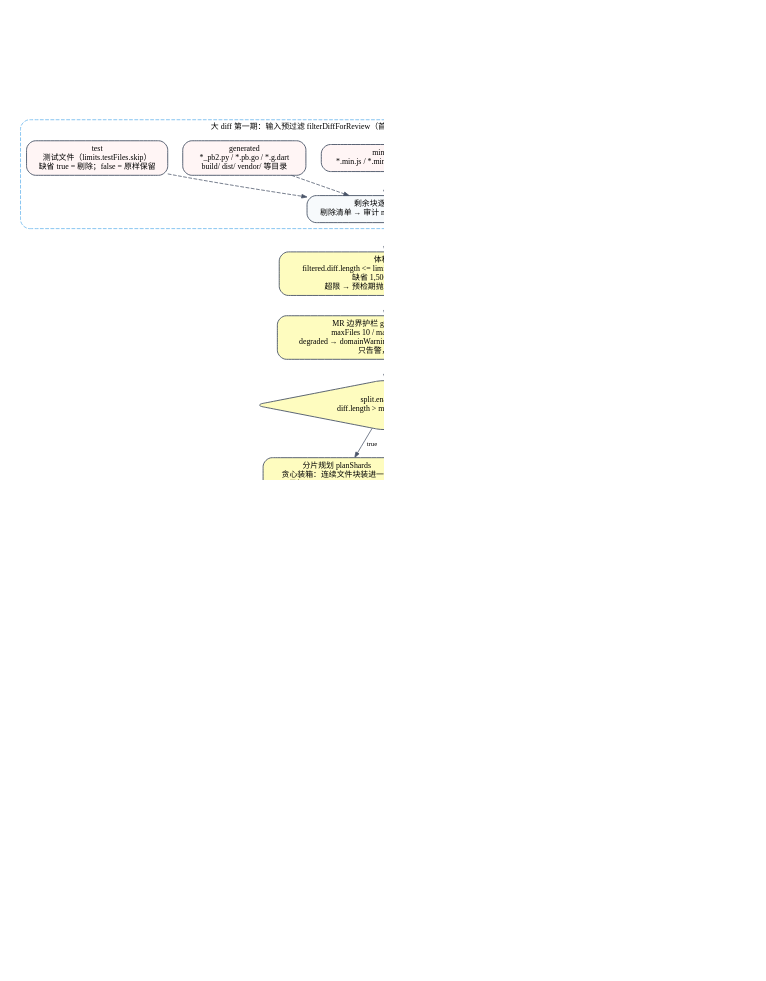
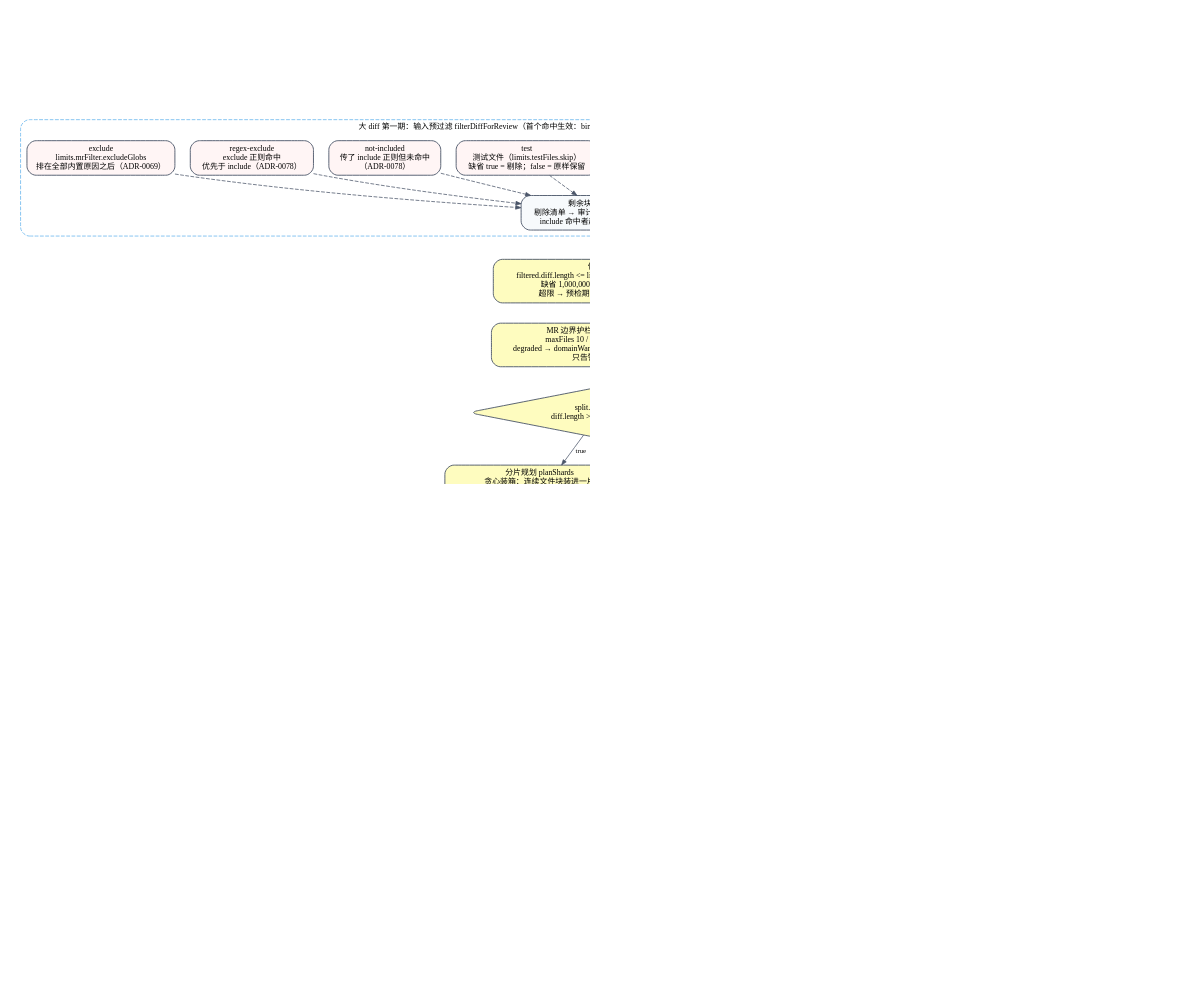
One commit to ffanwei/ReviewAgent-pi changed the diagram in docs/png/review-large-diff.dot. Above: the diagram before and after it, drawn with Graphviz. The commit also changed 15 other files, not shown here.

First line of the commit message:
docs: 重新生成检视链路示意图与全链路流程图

```diff
--- a/docs/png/review-large-diff.dot
+++ b/docs/png/review-large-diff.dot
@@ -1,67 +1,73 @@
 digraph review_large_diff {
   graph [charset="UTF-8", rankdir=TB, bgcolor="white", fontname="Microsoft YaHei", fontsize=12,
          nodesep=0.28, ranksep=0.36, pad=0.25, dpi=150];
   node  [shape=box, style="rounded,filled", fontname="Microsoft YaHei", fontsize=10.5,
          color="#4A5568", fillcolor="#F7FAFC", penwidth=1.2, margin="0.15,0.07"];
   edge  [fontname="Microsoft YaHei", fontsize=9, color="#4A5568", arrowsize=0.7];
 
   raw [label="原始 unified diff\n（--mr-diff 文件 / --mr-json 转换）", fillcolor="#2B6CB0", fontcolor="white", penwidth=0];
   split [label="splitDiffIntoFileBlocks\n按 diff --git 切文件块\n（块内 hunk 永不拆分）", fillcolor="#E6FFFA"];
 
   subgraph cluster_filter {
-    label="大 diff 第一期：输入预过滤 filterDiffForReview（首个命中生效：binary > lockfile > minified > generated > test）";
+    label="大 diff 第一期：输入预过滤 filterDiffForReview（首个命中生效：binary > not-included > regex-exclude > lockfile > minified > generated > test > exclude）";
     fontname="Microsoft YaHei"; fontsize=10.5; color="#63B3ED"; style="rounded,dashed";
     f1 [label="binary\nBinary files / GIT binary patch", fillcolor="#FFF5F5"];
     f2 [label="lockfile\npackage-lock.json / yarn.lock / *.lock …", fillcolor="#FFF5F5"];
     f3 [label="minified\n*.min.js / *.min.css / 超长单行", fillcolor="#FFF5F5"];
     f4 [label="generated\n*_pb2.py / *.pb.go / *.g.dart\nbuild/ dist/ vendor/ 等目录", fillcolor="#FFF5F5"];
     f5 [label="test\n测试文件（limits.testFiles.skip）\n缺省 true = 剔除；false = 原样保留", fillcolor="#FFF5F5"];
-    keep [label="剩余块逐字节保留\n剔除清单 → 审计 mrFilter + stderr 一行"];
+    f6 [label="not-included\n传了 include 正则但未命中\n（ADR-0078）", fillcolor="#FFF5F5"];
+    f7 [label="regex-exclude\nexclude 正则命中\n优先于 include（ADR-0078）", fillcolor="#FFF5F5"];
+    f8 [label="exclude\nlimits.mrFilter.excludeGlobs\n排在全部内置原因之后（ADR-0069）", fillcolor="#FFF5F5"];
+    keep [label="剩余块逐字节保留\n剔除清单 → 审计 mrFilter + stderr 一行\ninclude 命中者越过后续全部启发式"];
     f1 -> keep [style=dashed];
     f2 -> keep [style=dashed];
     f3 -> keep [style=dashed];
     f4 -> keep [style=dashed];
     f5 -> keep [style=dashed];
+    f6 -> keep [style=dashed];
+    f7 -> keep [style=dashed];
+    f8 -> keep [style=dashed];
   }
 
-  volume [label="体积门\nfiltered.diff.length <= limits.boundary.maxDiffChars\n缺省 1,500,000 字符\n超限 → 预检期抛错（零模型请求）", fillcolor="#FEFCBF"];
+  volume [label="体积门\nfiltered.diff.length <= limits.boundary.maxDiffChars\n缺省 1,000,000 字符（ADR-0071）\n超限 → 预检期抛错（零模型请求）", fillcolor="#FEFCBF"];
   boundary [label="MR 边界护栏 guardMrBoundary\nmaxFiles 10 / maxDiffLines 2,000\ndegraded → domainWarning + 审计尾键 mrBoundary\n只告警，不阻断", fillcolor="#FEFCBF"];
 
   planq [label="split.enabled 且\ndiff.length > maxShardChars ?", shape=diamond, fillcolor="#FEFCBF"];
-  plan  [label="分片规划 planShards\n贪心装箱：连续文件块装进一片\n目标 maxShardChars 400,000\n片数上限 maxShards 12\n单块 > 400,000 → 明确报错\n每片附 otherFilesSummary ≤ 8,000", fillcolor="#FEFCBF"];
-  countq[label="片数 > 1 ?", shape=diamond, fillcolor="#FEFCBF"];
+  plan  [label="分片规划 planShards\n贪心装箱：连续文件块装进一片\n目标 maxShardChars 120,000（ADR-0071）\n片数上限 maxShards 12（超限 → 人话报错）\n单块 > 120,000 → 按整 hunk 截取（ADR-0070）\n每片附 otherFilesSummary ≤ 8,000", fillcolor="#FEFCBF"];
+  countq[label="片数 > 1 或唯一片含截取 ?", shape=diamond, fillcolor="#FEFCBF"];
 
-  single [label="单遍路径（旧路径）\nrunDir = <task>/runs/\nauditDir = <task>/audit/\n产物布局与旧实现逐字节一致"];
-  shardq [label="分片路径\nattempt-<startedAt> 独立目录\n规则 Skill 只装载一次（各片共享）\n片间严格串行"];
+  single [label="单遍描述符 { kind: single }\nbuildPass → runDir = <task>/runs/\nauditDir = <task>/audit/\n产物布局与旧实现逐字节一致"];
+  shardq [label="分片描述符 { kind: shard }\nrunPasses 串行；buildPass 派生\nattempt-<startedAt> 独立目录\n规则 Skill 只装载一次（各片共享）"];
 
   subgraph cluster_passes {
     label="每片执行一次完整 ReviewPass（六阶段 + 规则 Skill 会话）";
     fontname="Microsoft YaHei"; fontsize=10.5; color="#9F7AEA"; style="rounded,dashed";
     s1 [label="s01\nruns/shards/attempt-…/s01\naudit/shards/attempt-…/s01", fillcolor="#BEE3F8"];
     s2 [label="s02 …\n片内 diff + 其他文件摘要\n独立 toolkit / Ledger / 初始消息", fillcolor="#BEE3F8"];
     sN [label="sNN（按 diff 顺序）", fillcolor="#BEE3F8"];
     s1 -> s2 -> sN [label=" 串行 "];
   }
 
   hook [label="片级上报钩子\nonShardFindings(index,total,findings,files)\n在下一片开始前 await\n（旁路：失败不影响检视）", fillcolor="#FAF5FF"];
-  merge [label="聚合 aggregateShards\nmergeShardFindings：按内容键去重\nusage 相加 / rounds 取最大 / truncated 取或\nskillPassLog 路径重写 / rejectionCounts 相加\n片记录写进 run.json shards[]", fillcolor="#C6F6D5"];
+  merge [label="聚合 aggregateShards(context, executed)\nmergeShardFindings：按内容键去重\nusage 相加 / rounds 取最大 / truncated 取或\nskillPassLog 路径重写 / rejectionCounts 相加\n片记录写进 run.json shards[]", fillcolor="#C6F6D5"];
   agg [label="聚合产物\nruns/run.json（含 shards[]）\naudit/<runId>.json（含 shard 审计索引）\nruns/reviews_en.json（合并后 F001…）", fillcolor="#C6F6D5"];
 
   raw -> split;
   split -> f1 [label=" 逐块分类 "];
   keep -> volume [label=" 过滤后 "];
   volume -> boundary -> planq;
   planq -> plan [label=" true "];
   planq -> single [label=" false "];
   plan -> countq;
-  countq -> single [label=" = 1 "];
-  countq -> shardq [label=" > 1 "];
+  countq -> single [label=" = 1 且未截取 "];
+  countq -> shardq [label=" > 1 或含截取 "];
   single -> s1 [label=" 作为唯一一片 "];
   shardq -> s1;
   s1 -> hook [style=dashed];
   s2 -> hook [style=dashed];
   sN -> hook [style=dashed];
   sN -> merge [label=" 全部成功 "];
   single -> merge [style=dashed, label=" 恒等 "];
   merge -> agg;
 }
```
